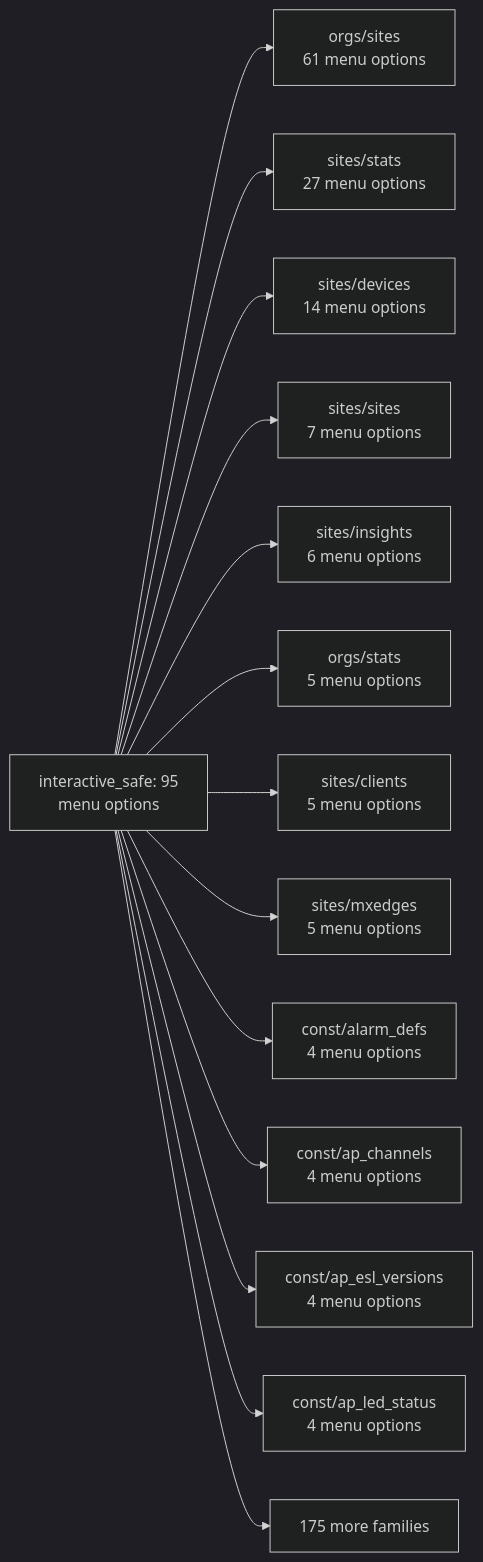
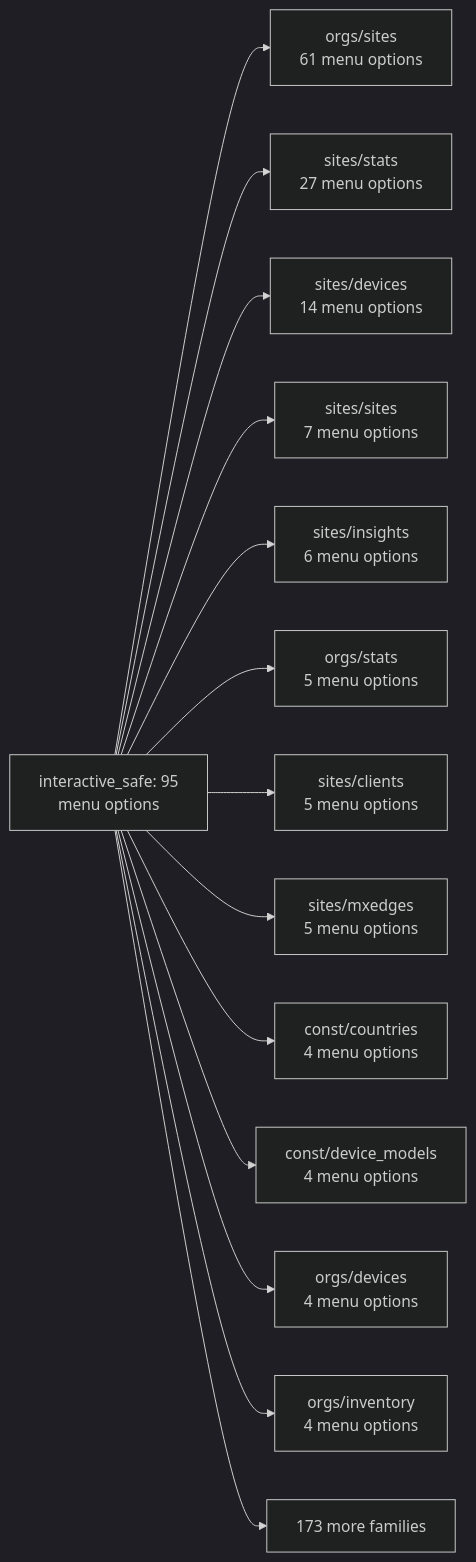
Before and after one commit to jmorrison-juniper/MistHelper: the first of 27 diagrams in documentation/menu-api/interactive-safe.md, drawn with Mermaid (dark theme). The commit also changed other lines of this file and 8 other files, not shown here.

````diff
--- a/documentation/menu-api/interactive-safe.md
+++ b/documentation/menu-api/interactive-safe.md
@@ -17,17 +17,17 @@
 ```mermaid
 flowchart LR
     root["interactive_safe: 95<br/>menu options"]
     root --> f_orgs_sites["orgs/sites<br/>61 menu options"]
     root --> f_sites_stats["sites/stats<br/>27 menu options"]
     root --> f_sites_devices["sites/devices<br/>14 menu options"]
     root --> f_sites_sites["sites/sites<br/>7 menu options"]
     root --> f_sites_insights["sites/insights<br/>6 menu options"]
     root --> f_orgs_stats["orgs/stats<br/>5 menu options"]
     root --> f_sites_clients["sites/clients<br/>5 menu options"]
     root --> f_sites_mxedges["sites/mxedges<br/>5 menu options"]
-    root --> f_const_alarm_defs["const/alarm_defs<br/>4 menu options"]
-    root --> f_const_ap_channels["const/ap_channels<br/>4 menu options"]
-    root --> f_const_ap_esl_versions["const/ap_esl_versions<br/>4 menu options"]
-    root --> f_const_ap_led_status["const/ap_led_status<br/>4 menu options"]
-    root --> more["175 more families"]
+    root --> f_const_countries["const/countries<br/>4 menu options"]
+    root --> f_const_device_models["const/device_models<br/>4 menu options"]
+    root --> f_orgs_devices["orgs/devices<br/>4 menu options"]
+    root --> f_orgs_inventory["orgs/inventory<br/>4 menu options"]
+    root --> more["173 more families"]
 ```
````
